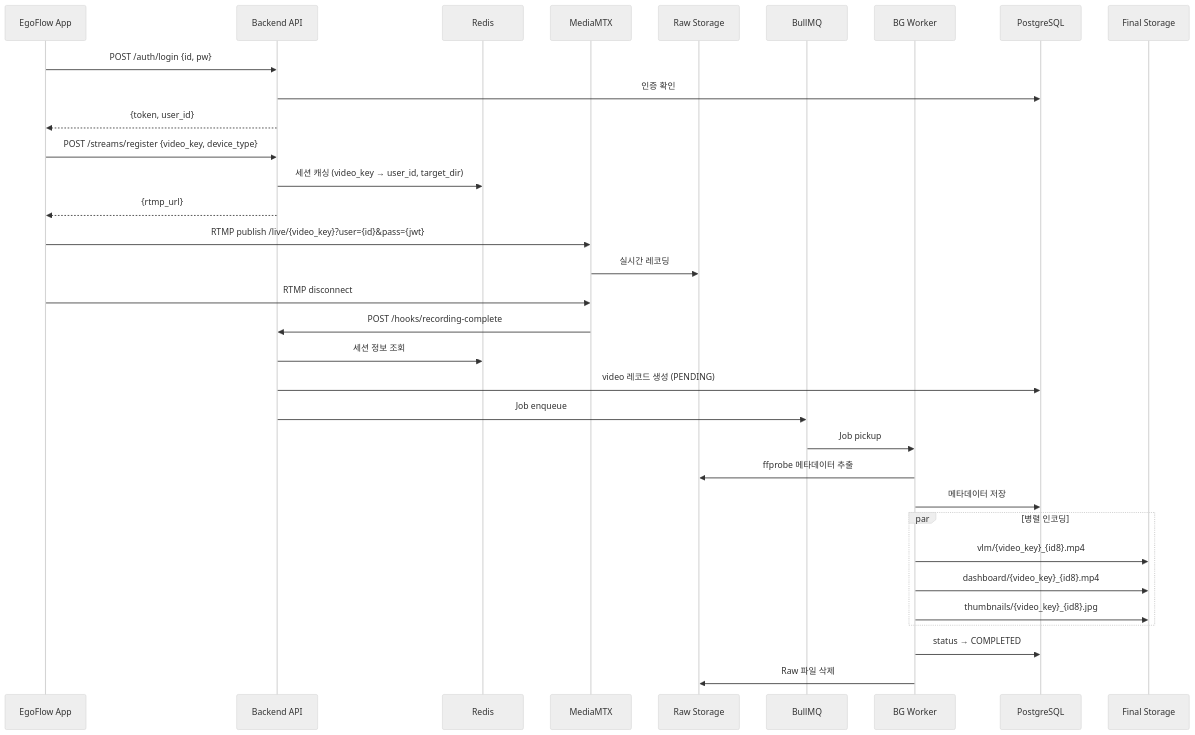
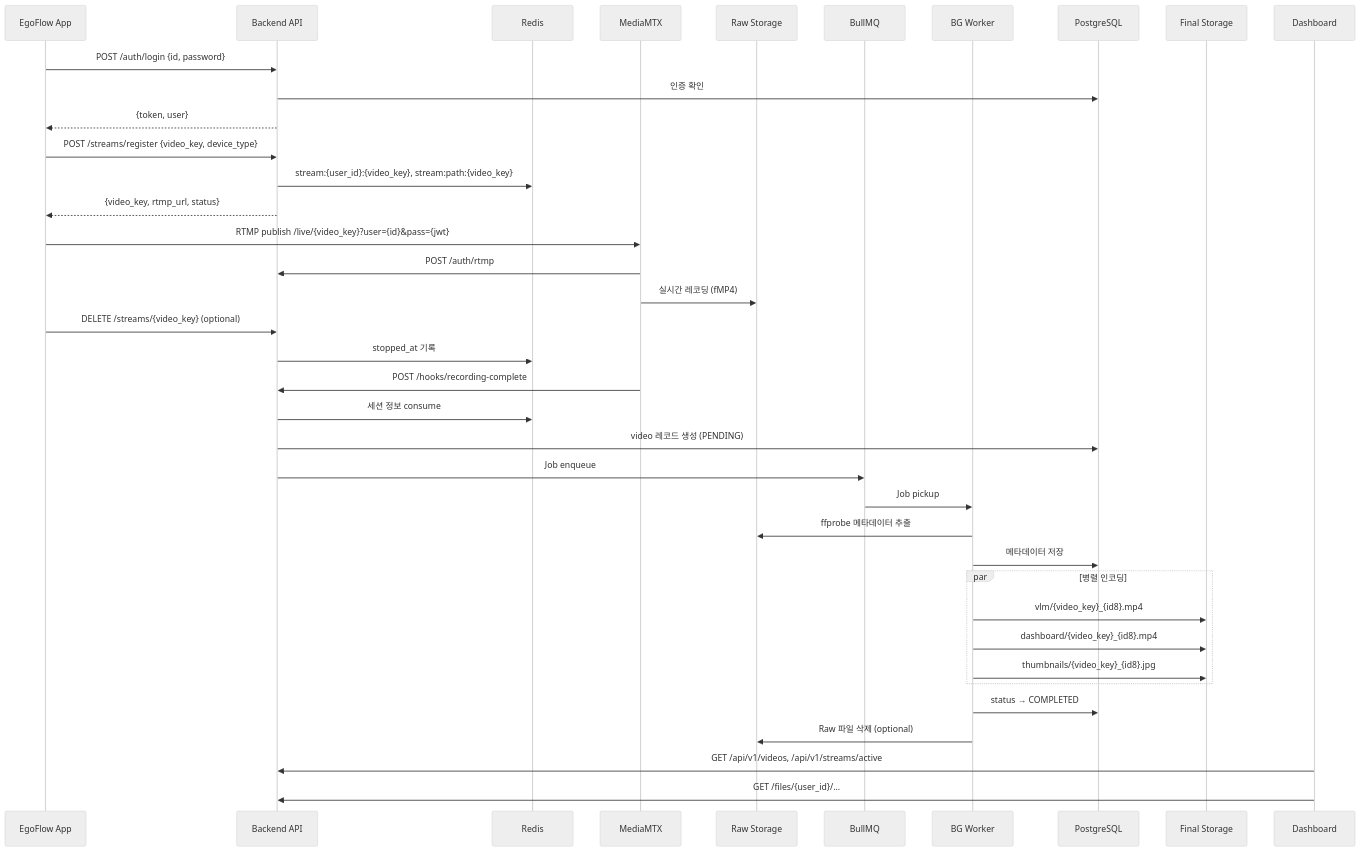
The second of 2 diagrams in guide/EgoFlow_IMPLEMENTATION_GUIDE.md (ego-flow/ego-flow-server), drawn with Mermaid (neutral theme) before and after one commit. The commit also changed other lines of this file and 47 other files, not shown here.

````diff
--- a/guide/EgoFlow_IMPLEMENTATION_GUIDE.md
+++ b/guide/EgoFlow_IMPLEMENTATION_GUIDE.md
@@ -181,40 +201,46 @@
 ```mermaid
 sequenceDiagram
     participant App as EgoFlow App
     participant BE as Backend API
     participant Redis as Redis
     participant MTX as MediaMTX
     participant Raw as Raw Storage
     participant BQ as BullMQ
     participant Worker as BG Worker
     participant DB as PostgreSQL
     participant FS as Final Storage
 
-    App->>BE: POST /auth/login {id, pw}
+    App->>BE: POST /auth/login {id, password}
     BE->>DB: 인증 확인
-    BE-->>App: {token, user_id}
+    BE-->>App: {token, user}
 
     App->>BE: POST /streams/register {video_key, device_type}
-    BE->>Redis: 세션 캐싱 (video_key → user_id, target_dir)
-    BE-->>App: {rtmp_url}
+    BE->>Redis: stream:{user_id}:{video_key}, stream:path:{video_key}
+    BE-->>App: {video_key, rtmp_url, status}
 
     App->>MTX: RTMP publish /live/{video_key}?user={id}&pass={jwt}
-    MTX->>Raw: 실시간 레코딩
+    MTX->>BE: POST /auth/rtmp
+    MTX->>Raw: 실시간 레코딩 (fMP4)
 
-    App->>MTX: RTMP disconnect
+    App->>BE: DELETE /streams/{video_key} (optional)
+    BE->>Redis: stopped_at 기록
+
     MTX->>BE: POST /hooks/recording-complete
-    BE->>Redis: 세션 정보 조회
+    BE->>Redis: 세션 정보 consume
     BE->>DB: video 레코드 생성 (PENDING)
     BE->>BQ: Job enqueue
 
     BQ->>Worker: Job pickup
     Worker->>Raw: ffprobe 메타데이터 추출
     Worker->>DB: 메타데이터 저장
     par 병렬 인코딩
         Worker->>FS: vlm/{video_key}_{id8}.mp4
         Worker->>FS: dashboard/{video_key}_{id8}.mp4
         Worker->>FS: thumbnails/{video_key}_{id8}.jpg
     end
     Worker->>DB: status → COMPLETED
-    Worker->>Raw: Raw 파일 삭제
+    Worker->>Raw: Raw 파일 삭제 (optional)
+
+    Dashboard->>BE: GET /api/v1/videos, /api/v1/streams/active
+    Dashboard->>BE: GET /files/{user_id}/...
 ```
````
